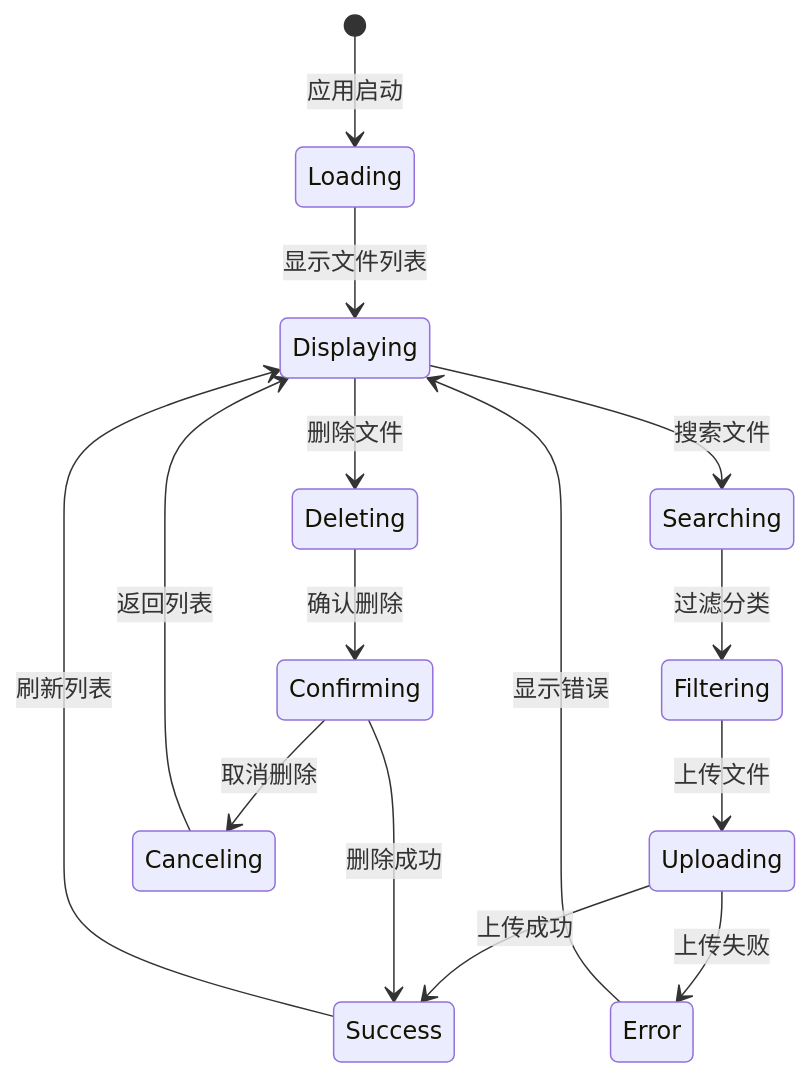
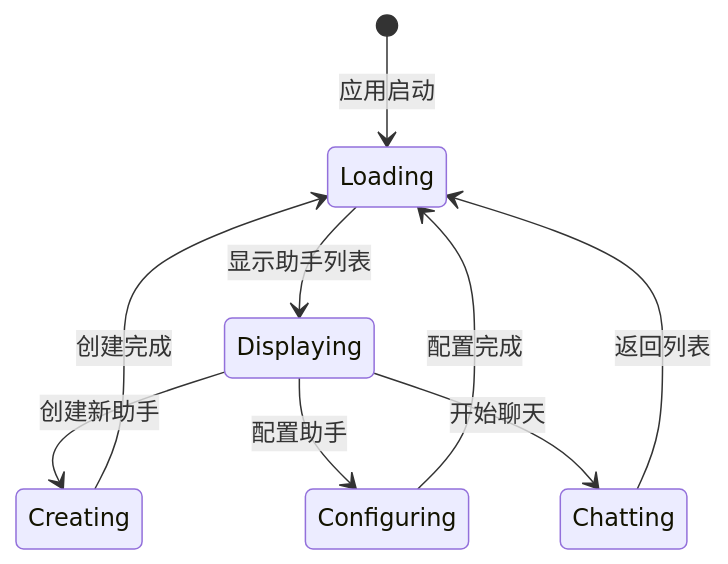
Before and after one commit to AvatoLabs/avato: the sixth of 10 diagrams in .qoder/repowiki/zh/content/Mobile Navigation System.md, drawn with Mermaid. The commit also changed other lines of this file and 158 other files, not shown here.

````diff
--- a/.qoder/repowiki/zh/content/Mobile Navigation System.md
+++ b/.qoder/repowiki/zh/content/Mobile Navigation System.md
@@ -306,17 +360,11 @@
 ```mermaid
 stateDiagram-v2
 [*] --> Loading : 应用启动
-Loading --> Displaying : 显示文件列表
-Displaying --> Searching : 搜索文件
-Searching --> Filtering : 过滤分类
-Filtering --> Uploading : 上传文件
-Uploading --> Success : 上传成功
-Uploading --> Error : 上传失败
-Success --> Displaying : 刷新列表
-Error --> Displaying : 显示错误
-Displaying --> Deleting : 删除文件
-Deleting --> Confirming : 确认删除
-Confirming --> Success : 删除成功
-Confirming --> Canceling : 取消删除
-Canceling --> Displaying : 返回列表
+Loading --> Displaying : 显示助手列表
+Displaying --> Creating : 创建新助手
+Displaying --> Configuring : 配置助手
+Displaying --> Chatting : 开始聊天
+Creating --> Loading : 创建完成
+Configuring --> Loading : 配置完成
+Chatting --> Loading : 返回列表
 ```
````
